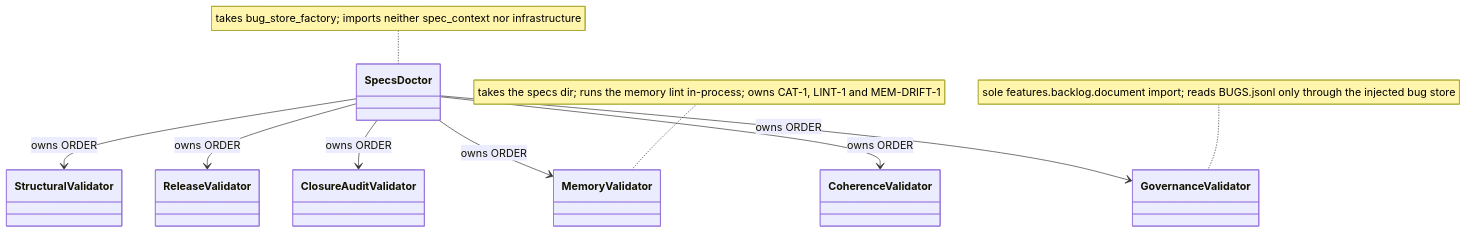
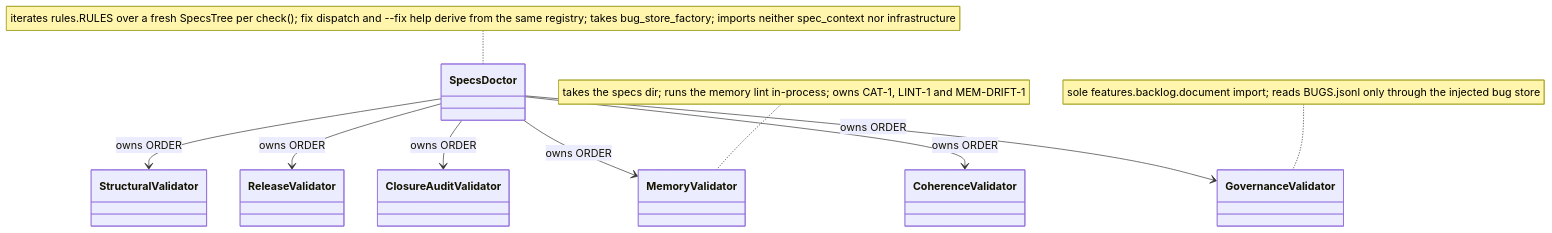
Before and after one commit to marcoaureliomenezes/dadaia-workspace: the first of 3 diagrams in specs/memory/ARCHITECTURE.md, drawn with Mermaid. The commit also changed other lines of this file and 166 other files, not shown here.

````diff
--- a/specs/memory/ARCHITECTURE.md
+++ b/specs/memory/ARCHITECTURE.md
@@ -123,19 +131,19 @@
 ```mermaid
 classDiagram
     class SpecsDoctor
     class StructuralValidator
     class MemoryValidator
     class ReleaseValidator
     class ClosureAuditValidator
     class GovernanceValidator
     class CoherenceValidator
     SpecsDoctor --> StructuralValidator : owns ORDER
     SpecsDoctor --> MemoryValidator : owns ORDER
     SpecsDoctor --> ReleaseValidator : owns ORDER
     SpecsDoctor --> ClosureAuditValidator : owns ORDER
     SpecsDoctor --> GovernanceValidator : owns ORDER
     SpecsDoctor --> CoherenceValidator : owns ORDER
     note for MemoryValidator "takes the specs dir; runs the memory lint in-process; owns CAT-1, LINT-1 and MEM-DRIFT-1"
     note for GovernanceValidator "sole features.backlog.document import; reads BUGS.jsonl only through the injected bug store"
-    note for SpecsDoctor "takes bug_store_factory; imports neither spec_context nor infrastructure"
+    note for SpecsDoctor "iterates rules.RULES over a fresh SpecsTree per check(); fix dispatch and --fix help derive from the same registry; takes bug_store_factory; imports neither spec_context nor infrastructure"
 ```
````
